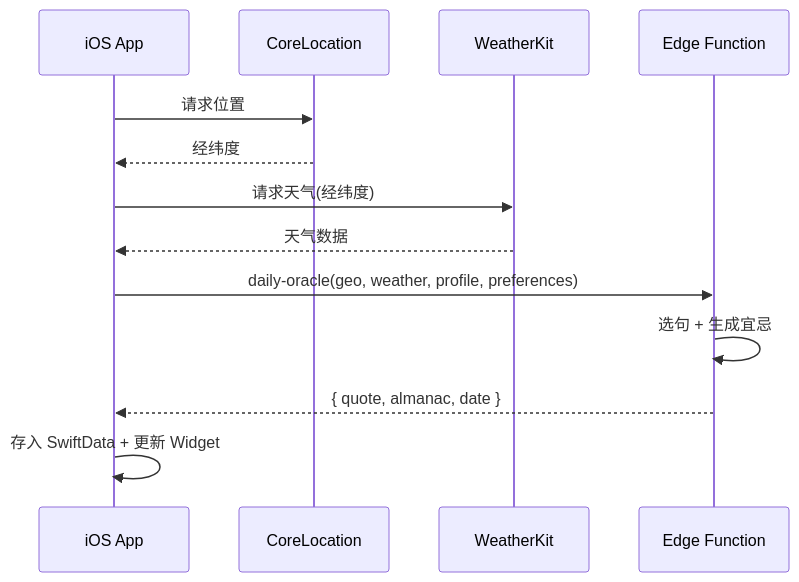
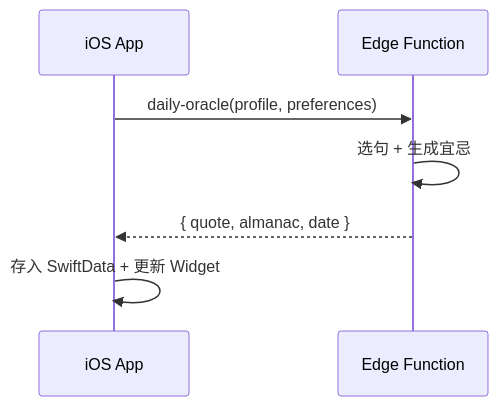
The second of 3 diagrams in docs/architecture.md (EvilIrving/daily-oracle), drawn with Mermaid before and after one commit. The commit also changed other lines of this file and 20 other files, not shown here.

````diff
--- a/docs/architecture.md
+++ b/docs/architecture.md
@@ -612,16 +607,10 @@
 ```mermaid
 sequenceDiagram
     participant App as iOS App
-    participant CL as CoreLocation
-    participant WK as WeatherKit
     participant Edge as Edge Function
 
-    App->>CL: 请求位置
-    CL-->>App: 经纬度
-    App->>WK: 请求天气(经纬度)
-    WK-->>App: 天气数据
-    App->>Edge: daily-oracle(geo, weather, profile, preferences)
+    App->>Edge: daily-oracle(profile, preferences)
     Edge->>Edge: 选句 + 生成宜忌
     Edge-->>App: { quote, almanac, date }
     App->>App: 存入 SwiftData + 更新 Widget
 ```
````
